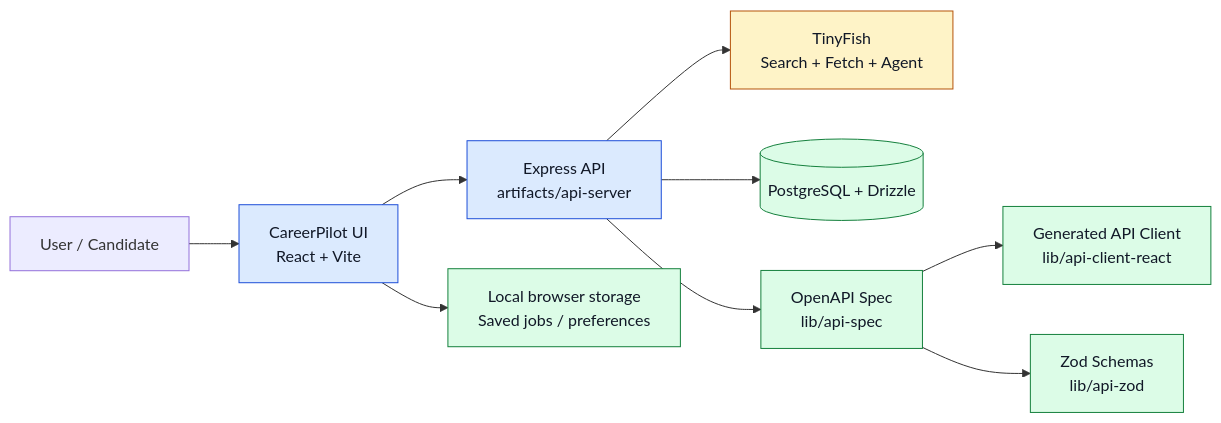
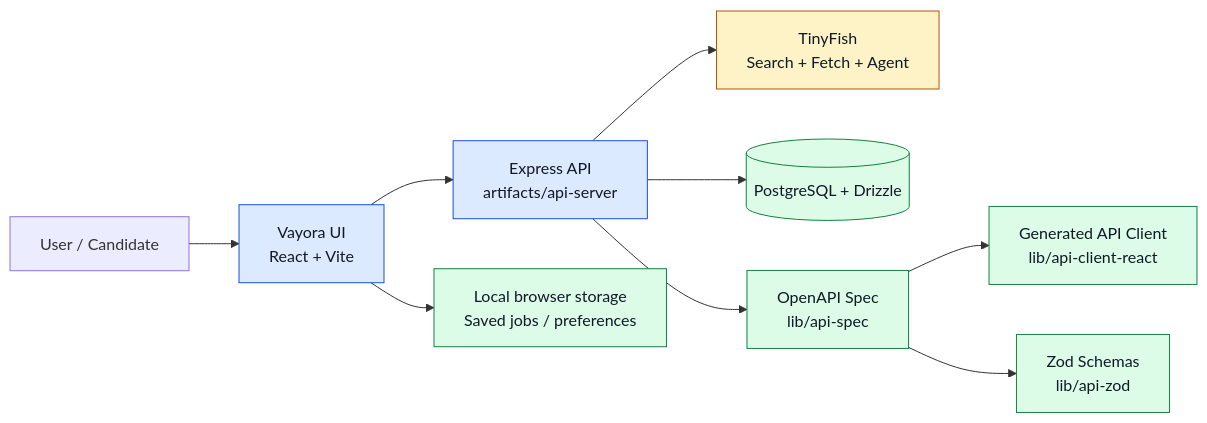
One commit to vanshgoyal2007/Career-finder-new-byte-force-new- changed the first of 2 diagrams in README.md. Above: the diagram before and after it, drawn with Mermaid. The commit also changed other lines of this file and 43 other files, not shown here.

Commit message:
Add Vayora career profile workflows

````diff
--- a/README.md
+++ b/README.md
@@ -29,19 +31,19 @@
 ```mermaid
 flowchart LR
-    User[User / Candidate] --> FE[CareerPilot UI\nReact + Vite]
+    User[User / Candidate] --> FE[Vayora UI\nReact + Vite]
     FE --> API[Express API\nartifacts/api-server]
     API --> TF[TinyFish\nSearch + Fetch + Agent]
     API --> DB[(PostgreSQL + Drizzle)]
     API --> OpenAPI[OpenAPI Spec\nlib/api-spec]
     OpenAPI --> Client[Generated API Client\nlib/api-client-react]
     OpenAPI --> Zod[Zod Schemas\nlib/api-zod]
     FE --> Local[Local browser storage\nSaved jobs / preferences]
 
     classDef external fill:#fef3c7,stroke:#b45309,color:#111827;
     classDef app fill:#dbeafe,stroke:#1d4ed8,color:#111827;
     classDef data fill:#dcfce7,stroke:#15803d,color:#111827;
 
     class FE,API app;
     class TF external;
     class DB,OpenAPI,Client,Zod,Local data;
 ```
````
